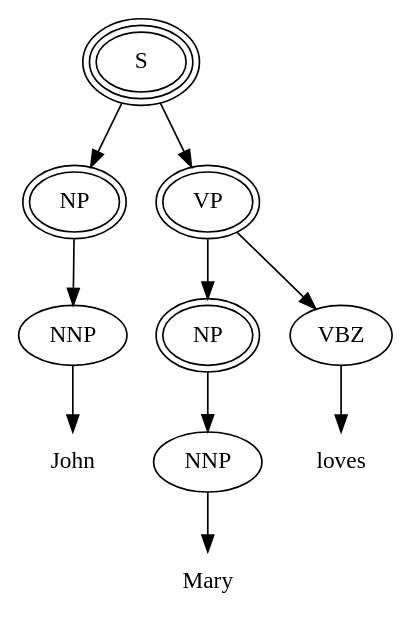
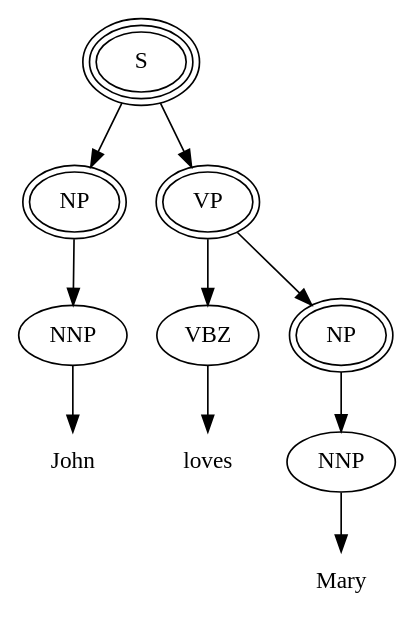
Before and after one commit to holloszaboakos/SlimeAnUTLE: the diagram in LaTeX_diplomaterv/figures/dots/john_agrajz.dot, drawn with Graphviz. The commit also changed other lines of this file and 16 other files, not shown here.

```diff
--- a/LaTeX_diplomaterv/figures/dots/john_agrajz.dot
+++ b/LaTeX_diplomaterv/figures/dots/john_agrajz.dot
@@ -1,19 +1,19 @@
 digraph G {
 S[peripheries=3]
 
 NPjohn[label="NP",peripheries=2]
+NNPjohn[label="NNP"]
+John[shape=plaintext]
+
+VP[peripheries=2]
+VBZ
+loves[shape=plaintext]
+
 NPmary[label="NP",peripheries=2]
-VP[peripheries=2]
-
-NNPjohn[label="NNP"]
 NNPmary[label="NNP"]
-VBZ
-
-John[shape=plaintext]
-loves[shape=plaintext]
 Mary[shape=plaintext]
 
 S->NPjohn->NNPjohn->John
 S->VP->VBZ->loves
 VP->NPmary->NNPmary->Mary
  }
```
